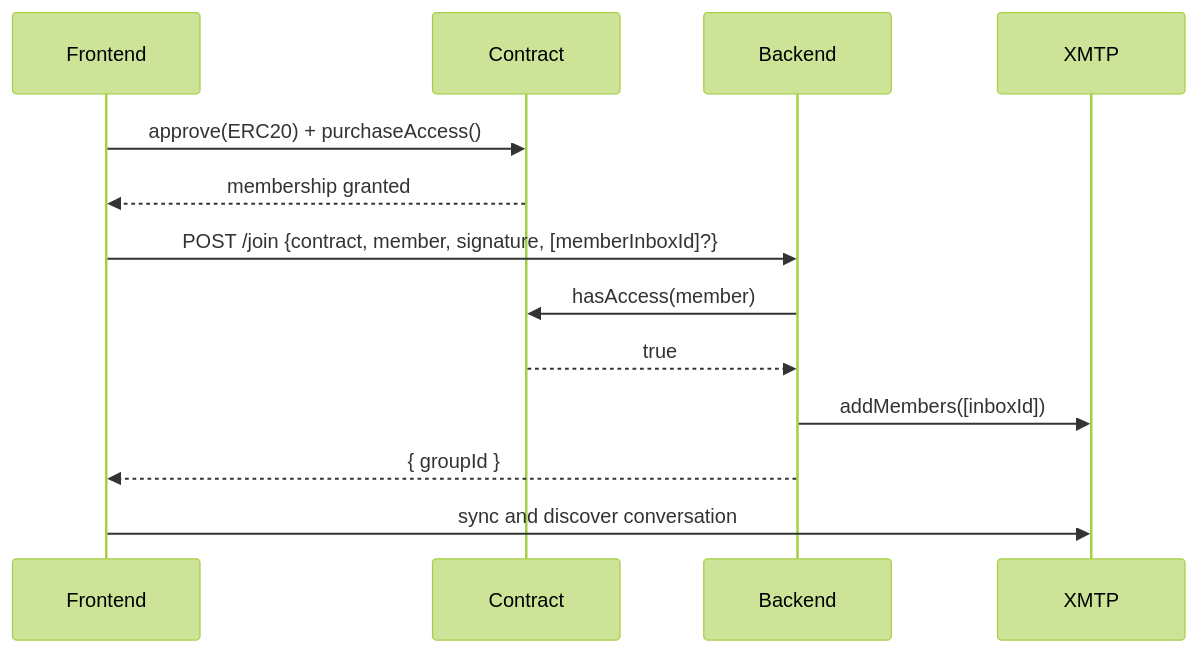
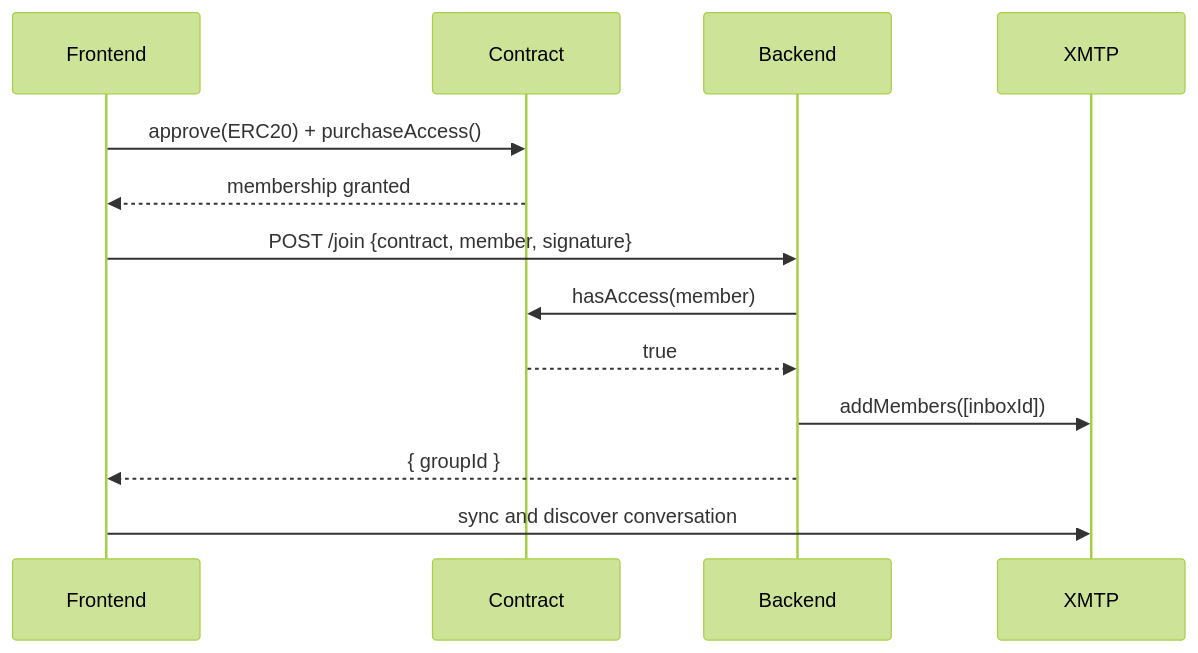
One commit to templ-fun/templ-evm-protocol changed the third of 11 diagrams in CORE_FLOW_DOCS.MD. Above: the diagram before and after it, drawn with Mermaid (forest theme). The commit also changed other lines of this file and 7 other files, not shown here.

````diff
--- a/CORE_FLOW_DOCS.MD
+++ b/CORE_FLOW_DOCS.MD
@@ -48,15 +48,15 @@
 ```mermaid
 sequenceDiagram
     participant F as Frontend
     participant C as Contract
     participant B as Backend
     participant X as XMTP
     F->>C: approve(ERC20) + purchaseAccess()
     C-->>F: membership granted
-    F->>B: POST /join {contract, member, signature, [memberInboxId]?}
+    F->>B: POST /join {contract, member, signature}
     B->>C: hasAccess(member)
     C-->>B: true
     B->>X: addMembers([inboxId])
     B-->>F: { groupId }
     F->>X: sync and discover conversation
 ```
````
